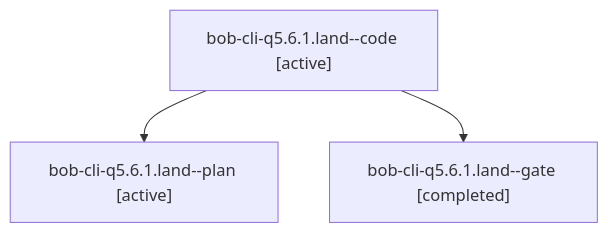
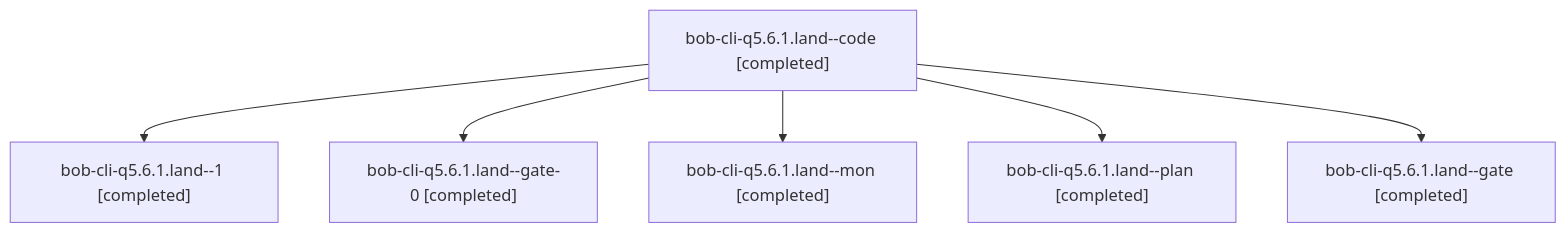
The diagram in sessions/bbugyi200.athena.bob-cli-q5.6.1.land.md (bobs-org/bob-cli--agents), drawn with Mermaid before and after one commit. The commit also changed other lines of this file and 326 other files, not shown here.

````diff
--- a/sessions/bbugyi200.athena.bob-cli-q5.6.1.land.md
+++ b/sessions/bbugyi200.athena.bob-cli-q5.6.1.land.md
@@ -9,8 +9,14 @@
 ```mermaid
 flowchart TD
-  n0["bob-cli-q5.6.1.land--code [active]"]
-  n1["bob-cli-q5.6.1.land--plan [active]"]
+  n0["bob-cli-q5.6.1.land--code [completed]"]
+  n1["bob-cli-q5.6.1.land--1 [completed]"]
   n0 --> n1
-  n2["bob-cli-q5.6.1.land--gate [completed]"]
+  n2["bob-cli-q5.6.1.land--gate-0 [completed]"]
   n0 --> n2
+  n3["bob-cli-q5.6.1.land--mon [completed]"]
+  n0 --> n3
+  n4["bob-cli-q5.6.1.land--plan [completed]"]
+  n0 --> n4
+  n5["bob-cli-q5.6.1.land--gate [completed]"]
+  n0 --> n5
 ```
````
